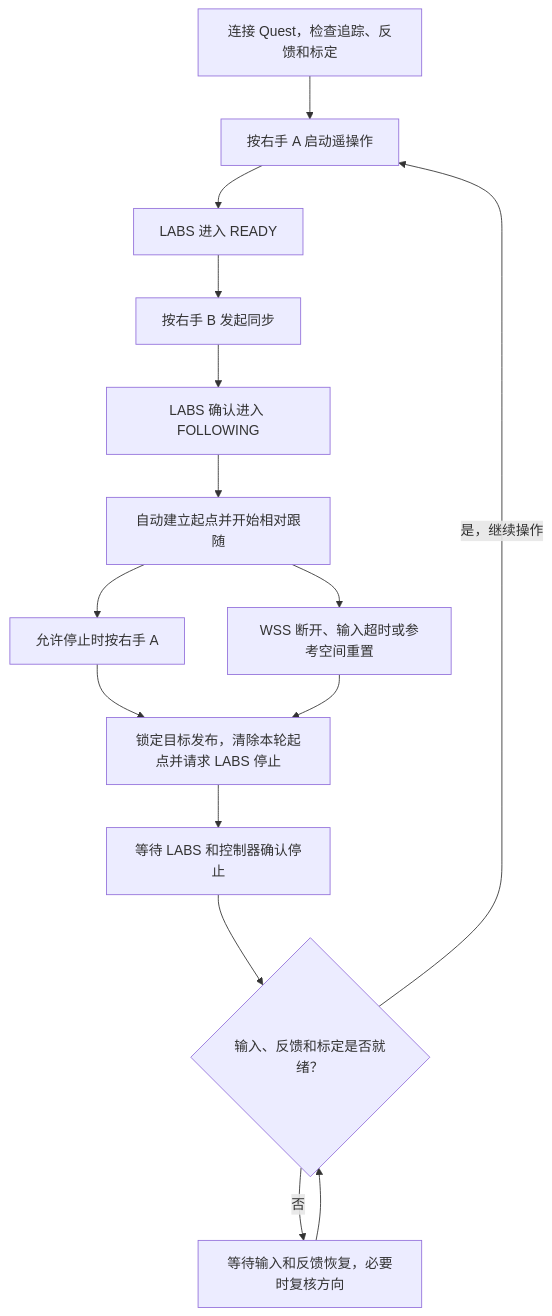
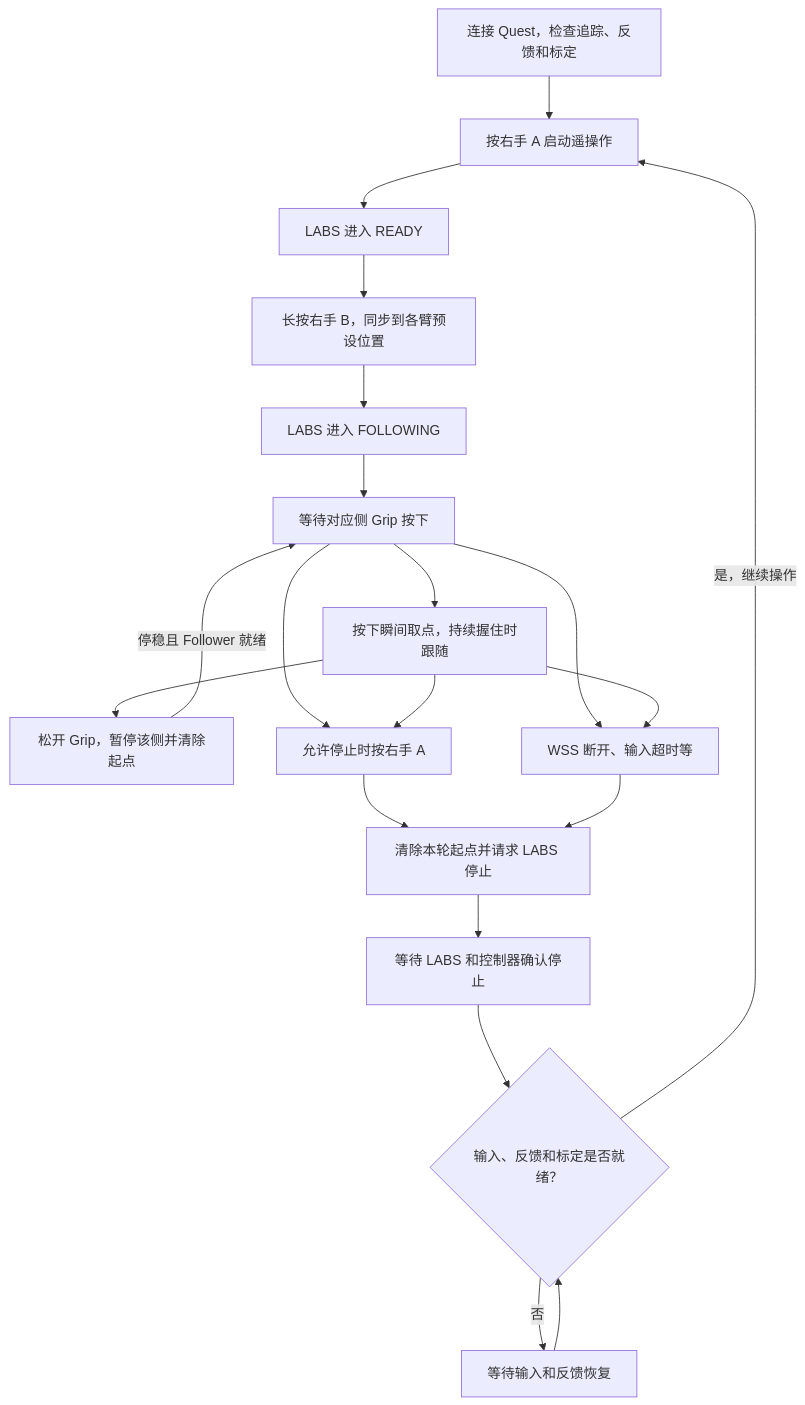
One commit to YYxzz8866/Quest-Proposal changed the second of 2 diagrams in 1、整体架构及开发范围.md. Above: the diagram before and after it, drawn with Mermaid. The commit also changed other lines of this file and 9 other files, not shown here.

````diff
--- a/1、整体架构及开发范围.md
+++ b/1、整体架构及开发范围.md
@@ -99,23 +99,28 @@
 ```mermaid
 flowchart TD
     Connect["连接 Quest，检查追踪、反馈和标定"]
     Start["按右手 A 启动遥操作"]
     Ready["LABS 进入 READY"]
-    Sync["按右手 B 发起同步"]
-    Following["LABS 确认进入 FOLLOWING"]
-    Track["自动建立起点并开始相对跟随"]
-    Block["锁定目标发布，清除本轮起点并请求 LABS 停止"]
-    Fault["WSS 断开、输入超时或参考空间重置"]
+    Sync["长按右手 B，同步到各臂预设位置"]
+    Following["LABS 进入 FOLLOWING"]
+    Grip["等待对应侧 Grip 按下"]
+    Track["按下瞬间取点，持续握住时跟随"]
+    Pause["松开 Grip，暂停该侧并清除起点"]
+    Block["清除本轮起点并请求 LABS 停止"]
+    Fault["WSS 断开、输入超时等"]
     Wait["等待 LABS 和控制器确认停止"]
     CanResume{"输入、反馈和标定是否就绪？"}
-    Restart["等待输入和反馈恢复，必要时复核方向"]
+    Restart["等待输入和反馈恢复"]
     Stop["允许停止时按右手 A"]
 
-    Connect --> Start --> Ready --> Sync --> Following --> Track
+    Connect --> Start --> Ready --> Sync --> Following --> Grip --> Track
+    Track --> Pause -->|停稳且 Follower 就绪| Grip
+    Grip --> Stop
+    Grip --> Fault
     Track --> Stop --> Block
     Track --> Fault --> Block
     Block --> Wait --> CanResume
     CanResume -->|是，继续操作| Start
     CanResume -->|否| Restart
     Restart --> CanResume
 ```
````
